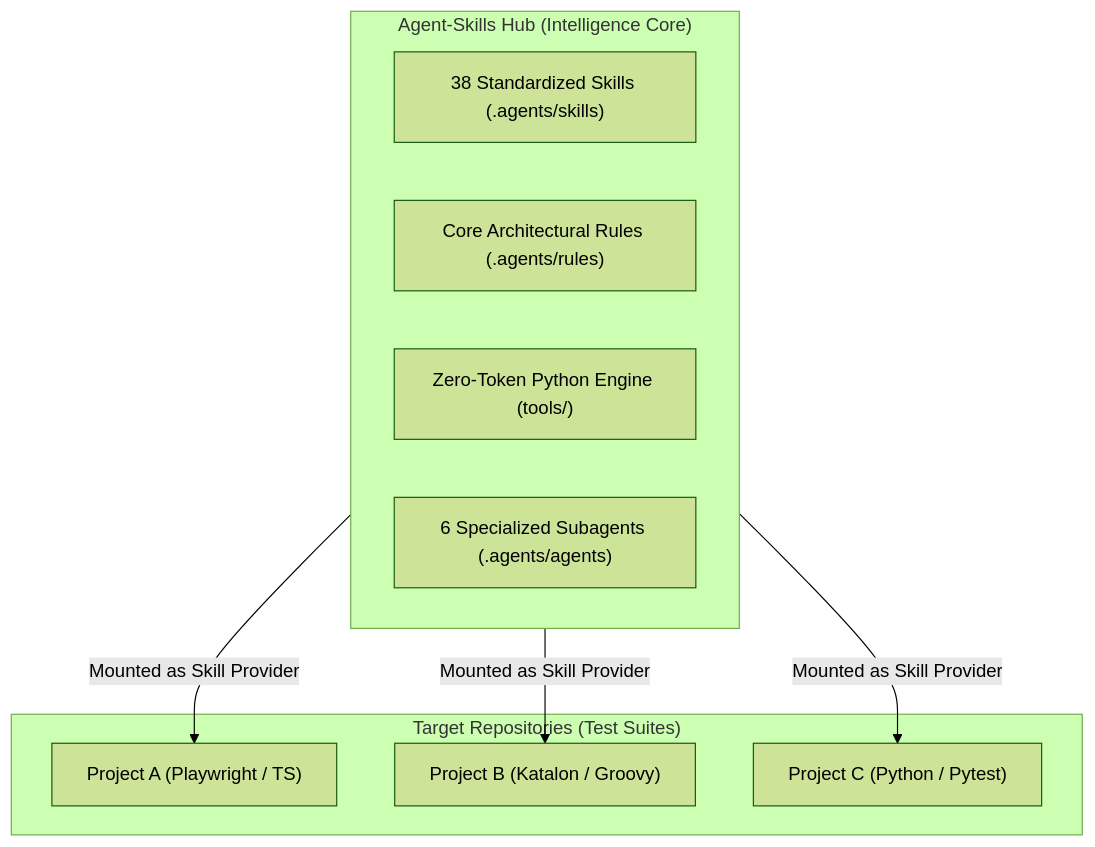
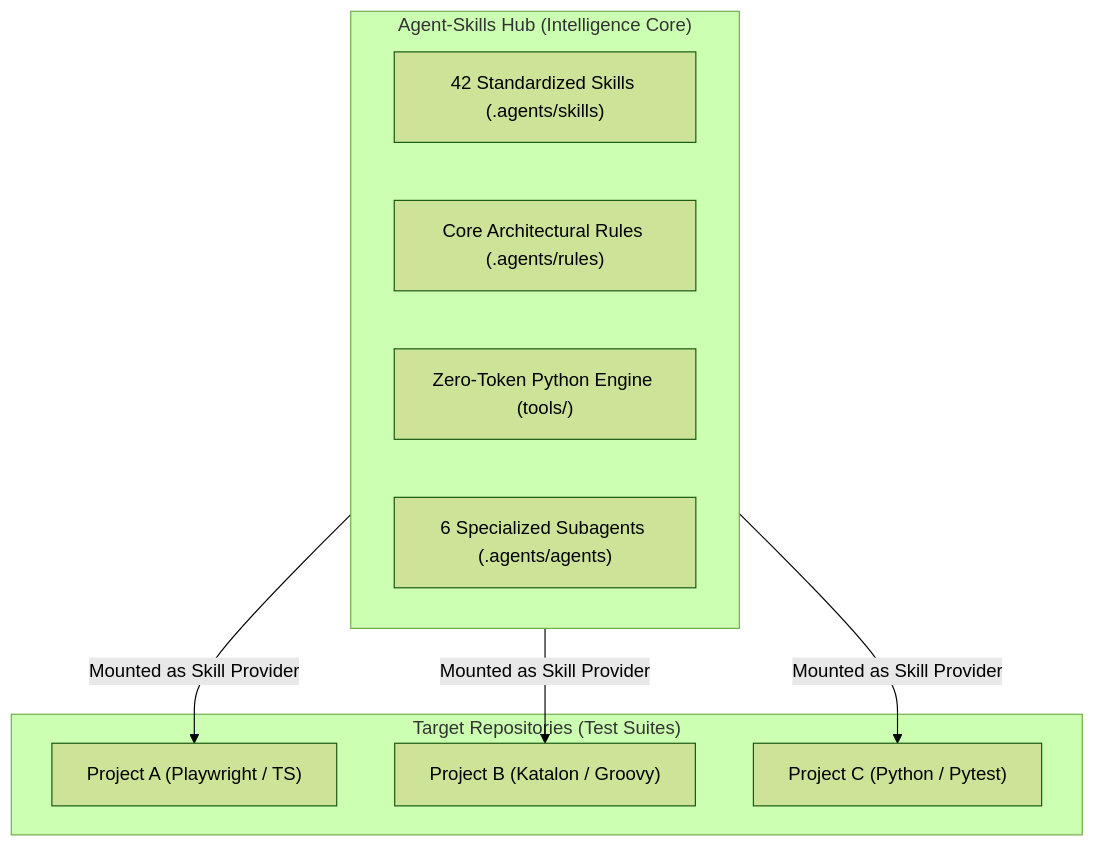
The first of 2 diagrams in docs/ARCHITECTURE.md (TeeVee98/Synapse-Hub), drawn with Mermaid (forest theme) before and after one commit. The commit also changed other lines of this file and 47 other files, not shown here.

````diff
--- a/docs/ARCHITECTURE.md
+++ b/docs/ARCHITECTURE.md
@@ -12,19 +12,19 @@
 ```mermaid
 flowchart TD
     subgraph Hub["Agent-Skills Hub (Intelligence Core)"]
-        Catalog["38 Standardized Skills (.agents/skills)"]
+        Catalog["42 Standardized Skills (.agents/skills)"]
         Rules["Core Architectural Rules (.agents/rules)"]
         Tools["Zero-Token Python Engine (tools/)"]
         Swarm["6 Specialized Subagents (.agents/agents)"]
     end
 
     subgraph Spokes["Target Repositories (Test Suites)"]
         Repo1["Project A (Playwright / TS)"]
         Repo2["Project B (Katalon / Groovy)"]
         Repo3["Project C (Python / Pytest)"]
     end
 
     Hub -->|Mounted as Skill Provider| Repo1
     Hub -->|Mounted as Skill Provider| Repo2
     Hub -->|Mounted as Skill Provider| Repo3
 ```
````
